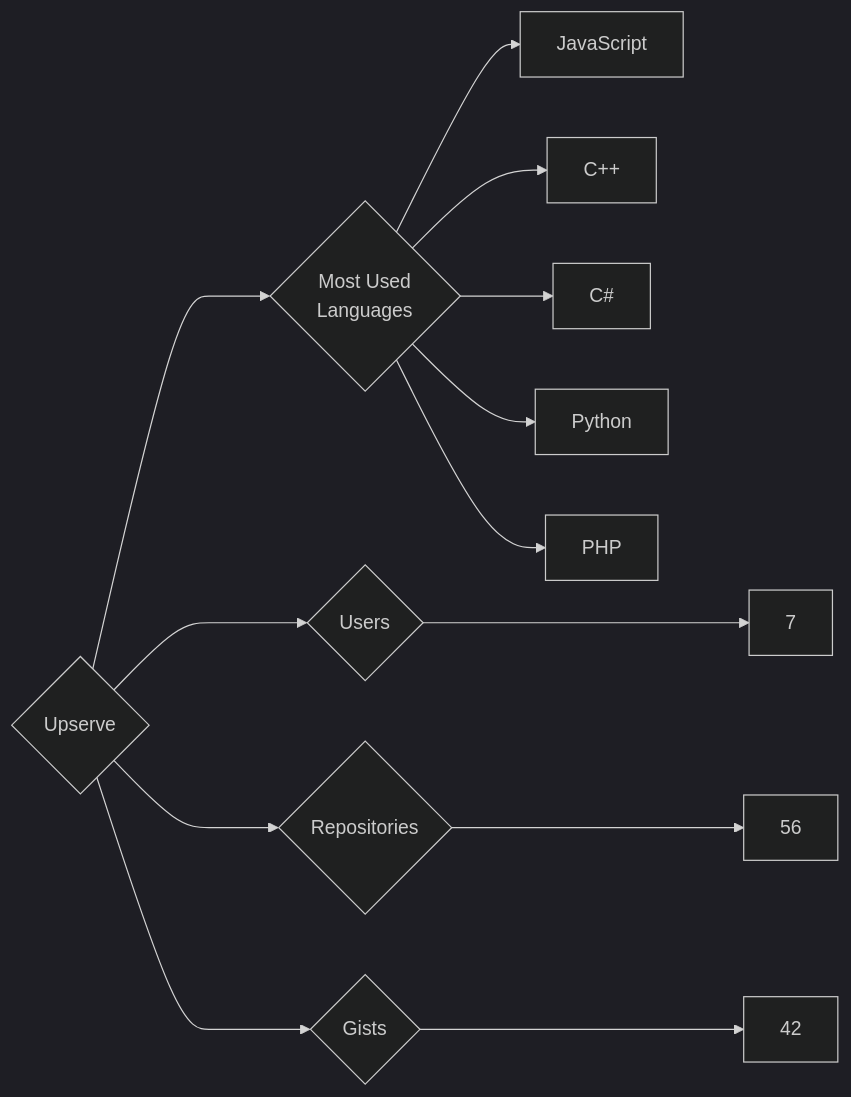
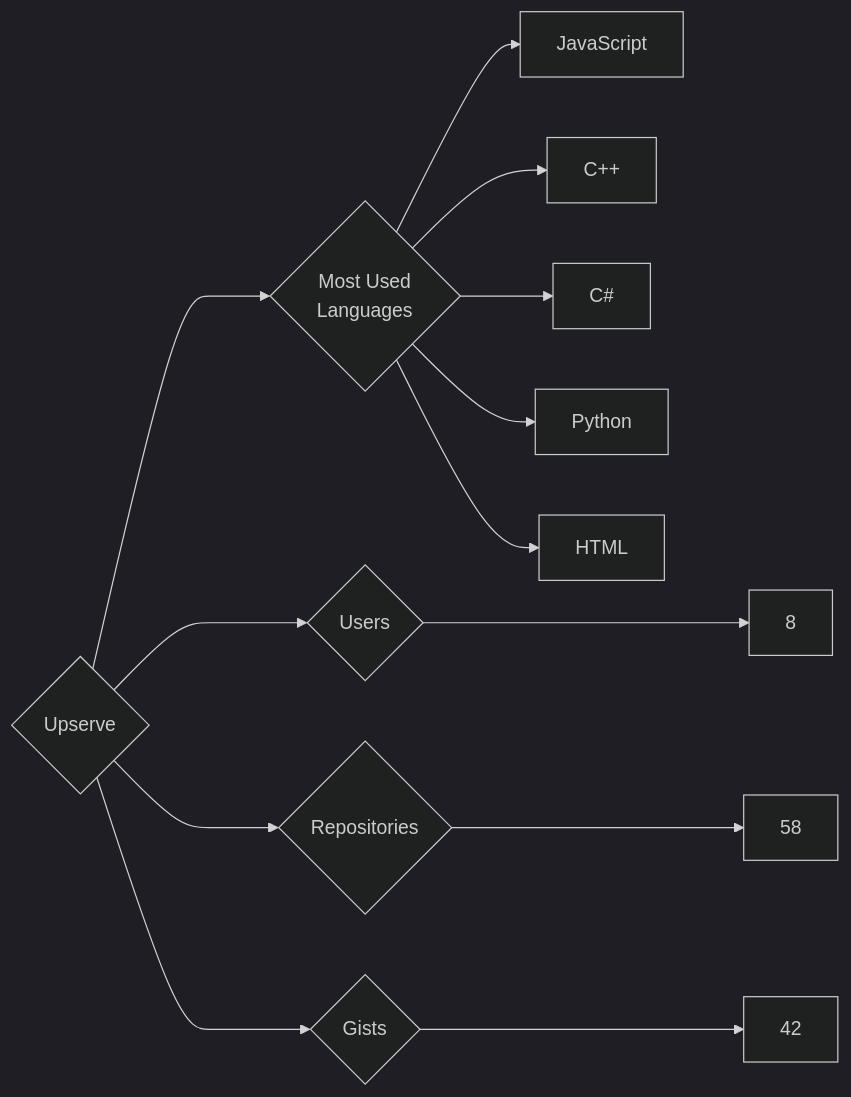
The diagram in targets/Upserve/README.md (trickest/insiders), drawn with Mermaid (dark theme) before and after one commit. The commit also changed 912 other files, not shown here.

````diff
--- a/targets/Upserve/README.md
+++ b/targets/Upserve/README.md
@@ -3,13 +3,13 @@
 ```mermaid
 graph LR
 COMPANY_NAME{Upserve}
-COMPANY_NAME ---> U{Users} ---> UN[7]
-COMPANY_NAME ---> R{Repositories} ---> RN[56]
+COMPANY_NAME ---> U{Users} ---> UN[8]
+COMPANY_NAME ---> R{Repositories} ---> RN[58]
 COMPANY_NAME ---> G{Gists} ---> GN[42]
 COMPANY_NAME ---> ML{Most Used<br>Languages}
 ML --> JavaScript[JavaScript]
 ML --> C++[C++]
 ML --> C#[C#]
 ML --> Python[Python]
-ML --> PHP[PHP]
+ML --> HTML[HTML]
 ```
````
